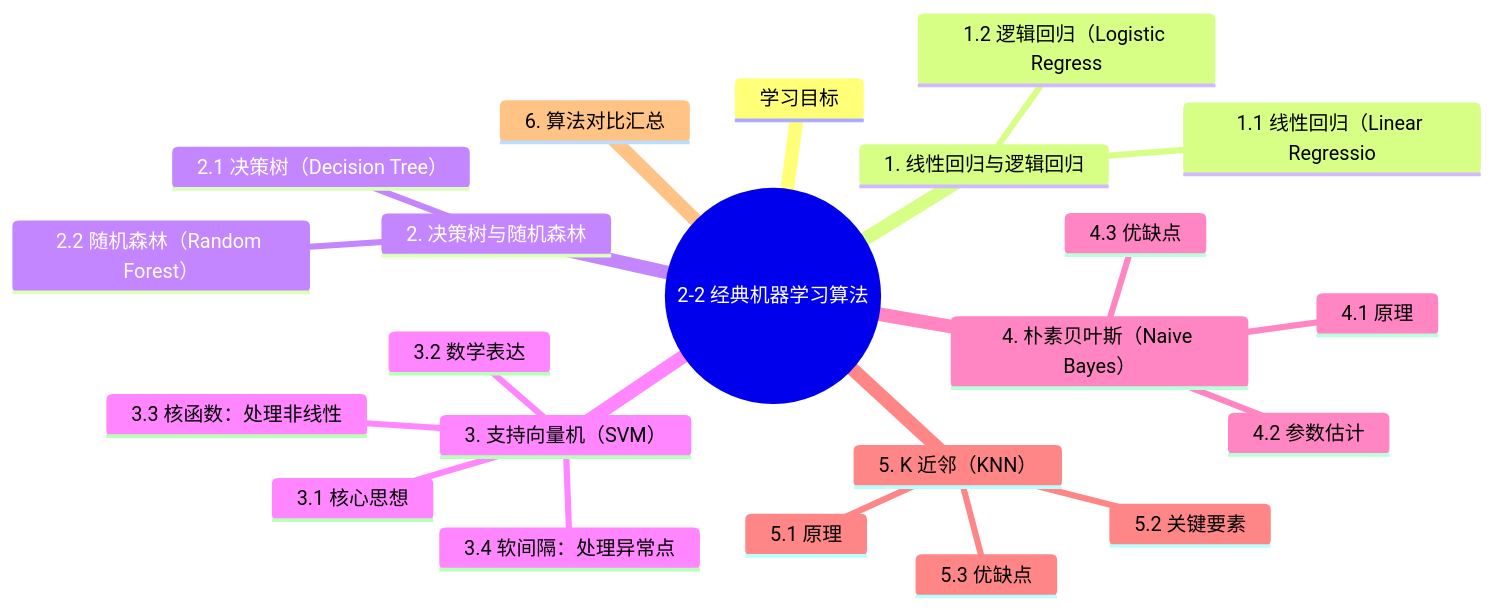
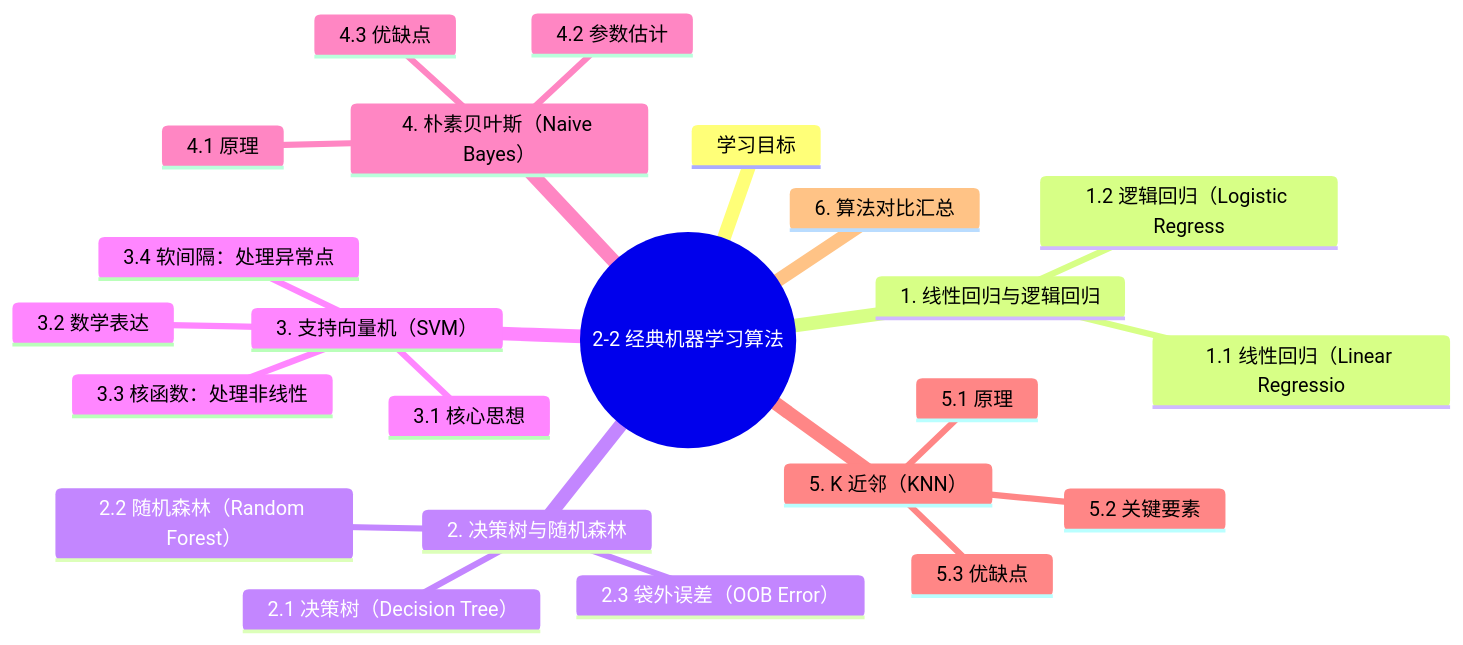
Before and after one commit to dwSun/AI-Tutorial: the diagram in chapters/PART2-机器学习基础/2-2-经典机器学习算法.md, drawn with Mermaid. The commit also changed other lines of this file and 20 other files, not shown here.

````diff
--- a/chapters/PART2-机器学习基础/2-2-经典机器学习算法.md
+++ b/chapters/PART2-机器学习基础/2-2-经典机器学习算法.md
@@ -350,25 +387,26 @@
 ```mermaid
 mindmap
   root((2-2 经典机器学习算法))
     学习目标
     1. 线性回归与逻辑回归
       1.1 线性回归（Linear Regressio
       1.2 逻辑回归（Logistic Regress
     2. 决策树与随机森林
       2.1 决策树（Decision Tree）
       2.2 随机森林（Random Forest）
+      2.3 袋外误差（OOB Error）
     3. 支持向量机（SVM）
       3.1 核心思想
       3.2 数学表达
       3.3 核函数：处理非线性
       3.4 软间隔：处理异常点
     4. 朴素贝叶斯（Naive Bayes）
       4.1 原理
       4.2 参数估计
       4.3 优缺点
     5. K 近邻（KNN）
       5.1 原理
       5.2 关键要素
       5.3 优缺点
     6. 算法对比汇总
 ```
````
